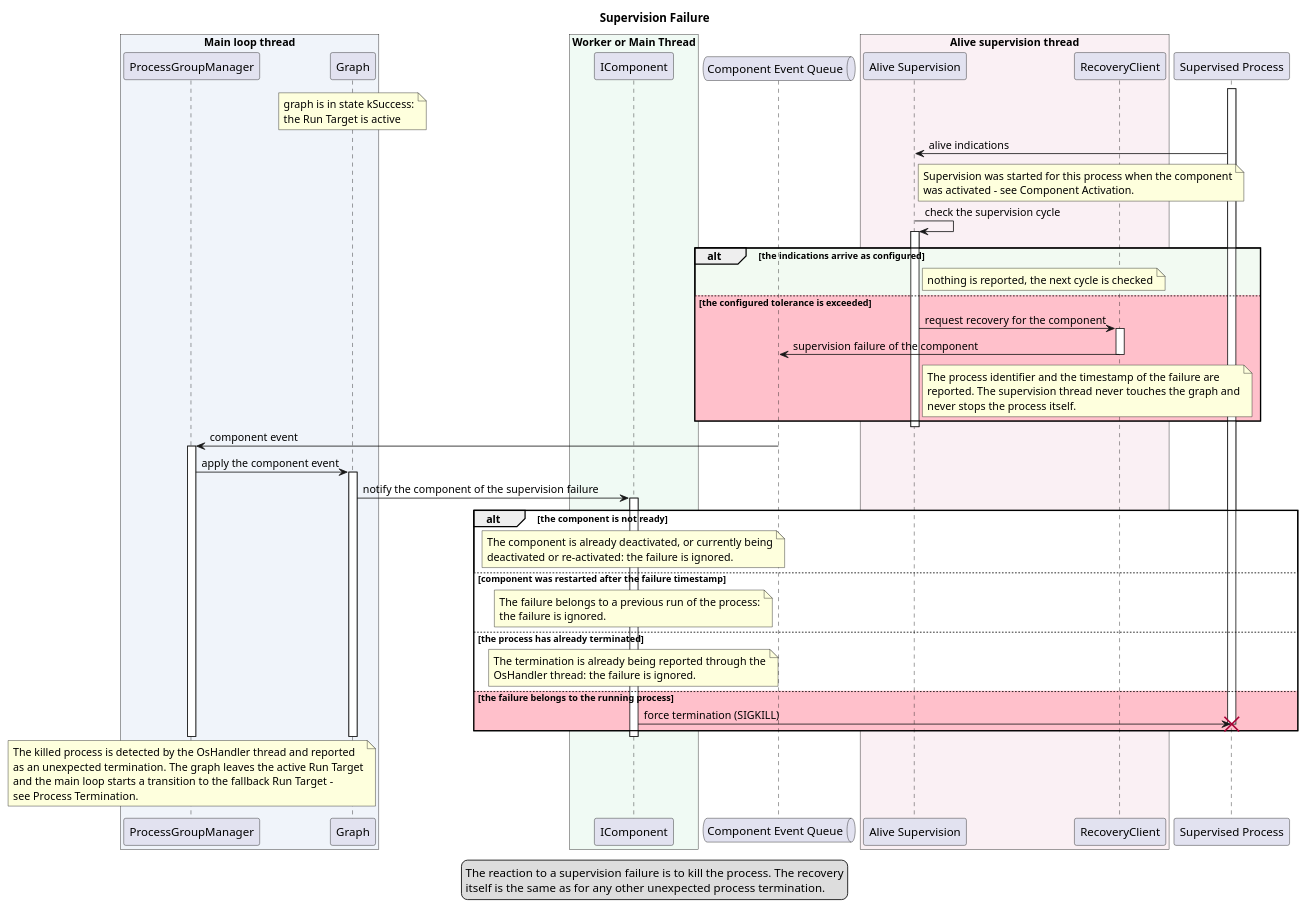
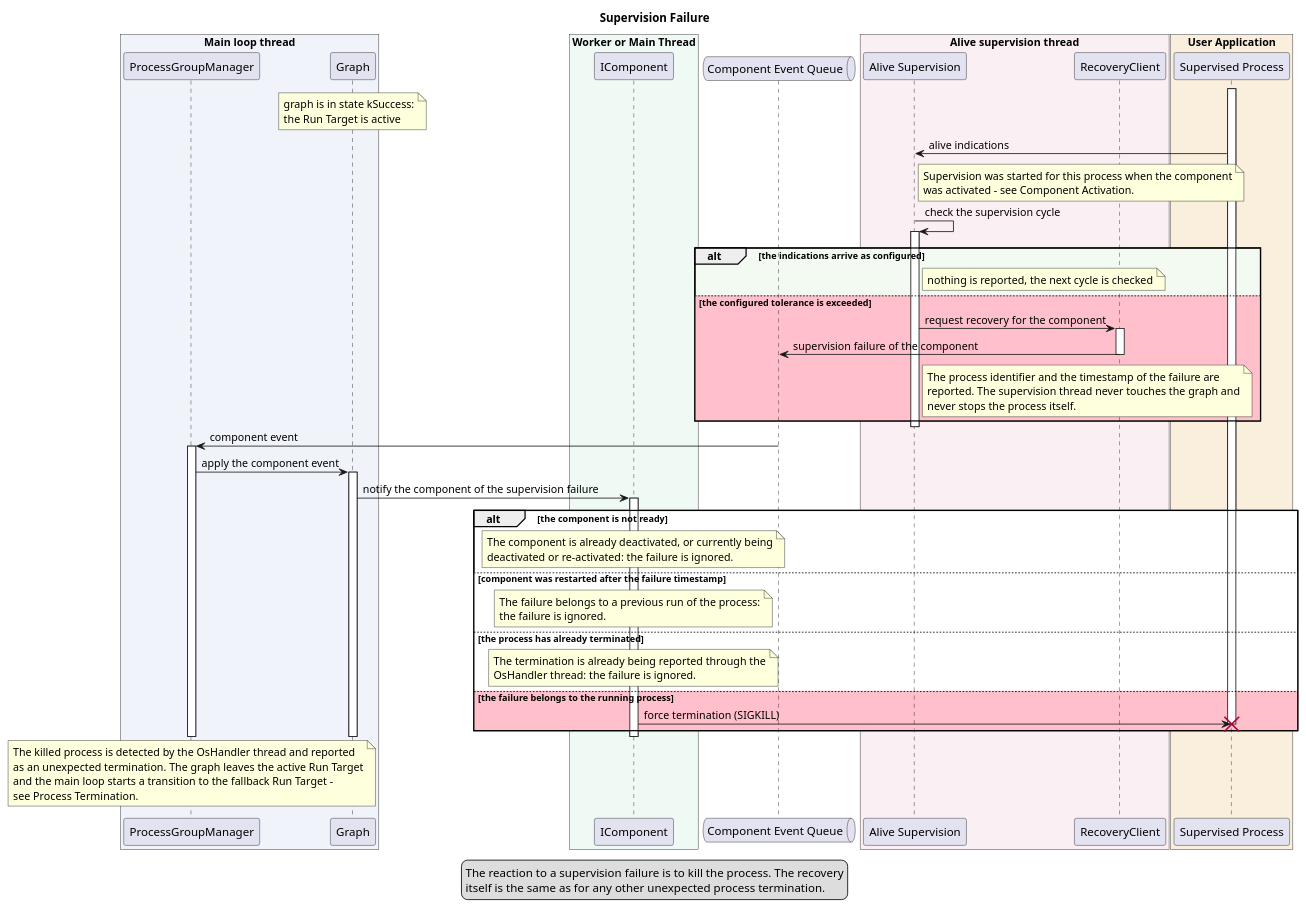
Before and after one commit to eclipse-score/lifecycle: the diagram in score/launch_manager/docs/detailed_design/_assets/supervision_failure.puml, drawn with PlantUML. The commit also changed 7 other files, not shown here.

```diff
--- a/score/launch_manager/docs/detailed_design/_assets/supervision_failure.puml
+++ b/score/launch_manager/docs/detailed_design/_assets/supervision_failure.puml
@@ -14,95 +14,97 @@
 @startuml supervision_failure
 
 title Supervision Failure
 
 box "Main loop thread" #F0F4FA
 participant "ProcessGroupManager" as PGM
 participant "Graph" as Graph
 end box
 
 box "Worker or Main Thread" #f0faf4
 participant "IComponent" as Component
 end box
 
 queue "Component Event Queue" as EventQueue
 
 box "Alive supervision thread" #FAF0F4
 participant "Alive Supervision" as Supervision
 participant "RecoveryClient" as Recovery
 end box
 
+box "User Application" #FAEEDD
 participant "Supervised Process" as Process
+end box
 
 note over Graph: graph is in state kSuccess:\nthe Run Target is active
 
 ' --- detection ---------------------------------------------------------------
 activate Process
 Process -> Supervision: alive indications
 note right of Supervision
   Supervision was started for this process when the component
   was activated - see Component Activation.
 end note
 
 Supervision -> Supervision ++: check the supervision cycle
 
 alt #F2FAF2 the indications arrive as configured
     note right of Supervision: nothing is reported, the next cycle is checked
 
 else #Pink the configured tolerance is exceeded
     Supervision -> Recovery ++: request recovery for the component
     Recovery -> EventQueue: supervision failure of the component
     deactivate Recovery
     note right of Supervision
       The process identifier and the timestamp of the failure are
       reported. The supervision thread never touches the graph and
       never stops the process itself.
     end note
 end
 deactivate Supervision
 
 ' --- reaction ----------------------------------------------------------------
 EventQueue -> PGM ++: component event
 PGM -> Graph ++: apply the component event
 Graph -> Component ++: notify the component of the supervision failure
 
 alt #White the component is not ready
     note over Component
       The component is already deactivated, or currently being
       deactivated or re-activated: the failure is ignored.
     end note
 
 else #White component was restarted after the failure timestamp
     note over Component
       The failure belongs to a previous run of the process:
       the failure is ignored.
     end note
 
 else #White the process has already terminated
     note over Component
       The termination is already being reported through the
       OsHandler thread: the failure is ignored.
     end note
 
 else #Pink the failure belongs to the running process
     Component -> Process: force termination (SIGKILL)
     destroy Process
 end
 
 deactivate Component
 deactivate Graph
 deactivate PGM
 
 ' --- recovery ----------------------------------------------------------------
 note over PGM
   The killed process is detected by the OsHandler thread and reported
   as an unexpected termination. The graph leaves the active Run Target
   and the main loop starts a transition to the fallback Run Target -
   see Process Termination.
 end note
 
 legend bottom
   The reaction to a supervision failure is to kill the process. The recovery
   itself is the same as for any other unexpected process termination.
 end legend
 
 @enduml
```
